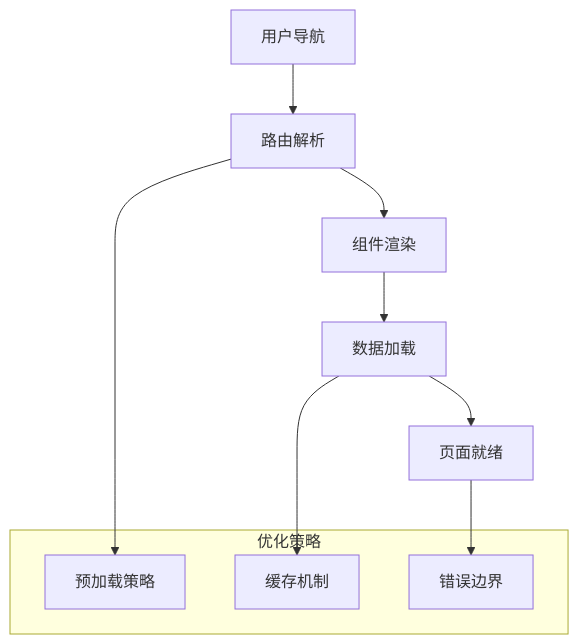
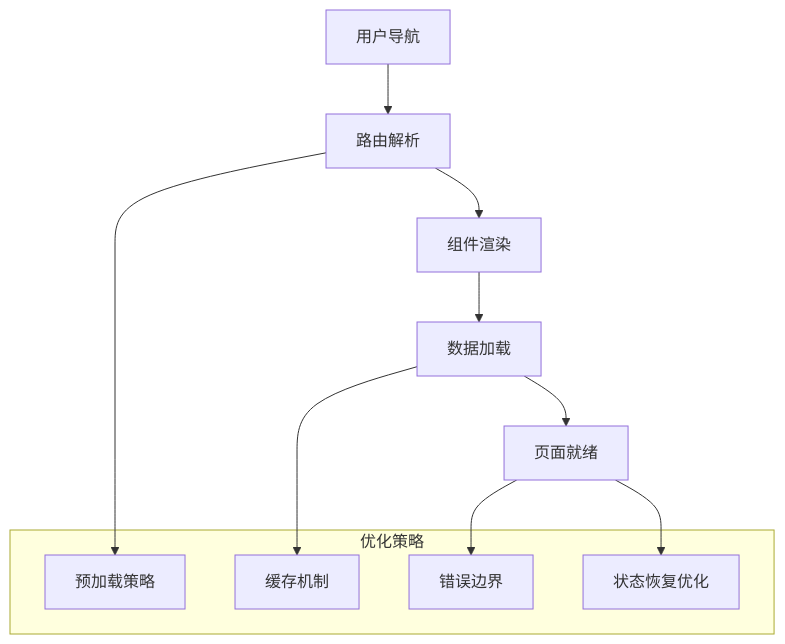
Before and after one commit to gree-coder/fund-butler: diagram 14 of 15 in .qoder/repowiki/zh/content/核心功能开发/SPA路由支持.md, drawn with Mermaid. The commit also changed other lines of this file and 12 other files, not shown here.

````diff
--- a/.qoder/repowiki/zh/content/核心功能开发/SPA路由支持.md
+++ b/.qoder/repowiki/zh/content/核心功能开发/SPA路由支持.md
@@ -421,15 +533,17 @@
 ```mermaid
 graph TD
 A[用户导航] --> B[路由解析]
 B --> C[组件渲染]
 C --> D[数据加载]
 D --> E[页面就绪]
 subgraph "优化策略"
 F[预加载策略]
 G[缓存机制]
 H[错误边界]
+I[状态恢复优化]
 end
 B --> F
 D --> G
 E --> H
+E --> I
 ```
````
